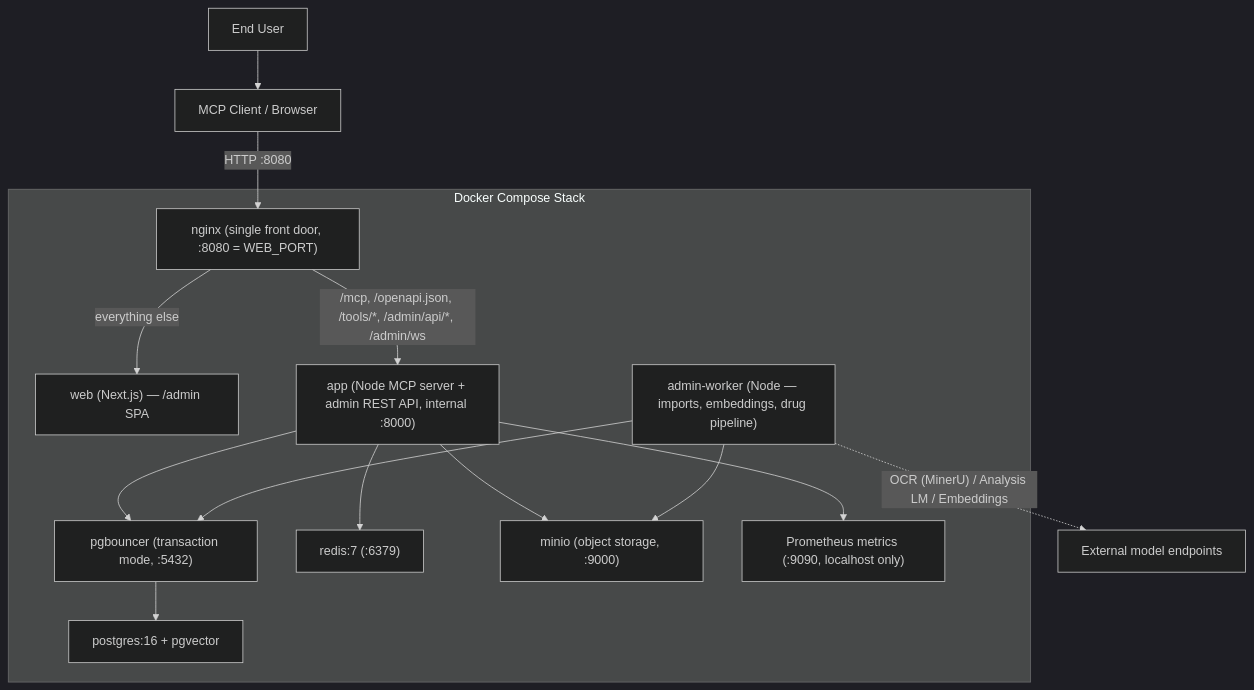
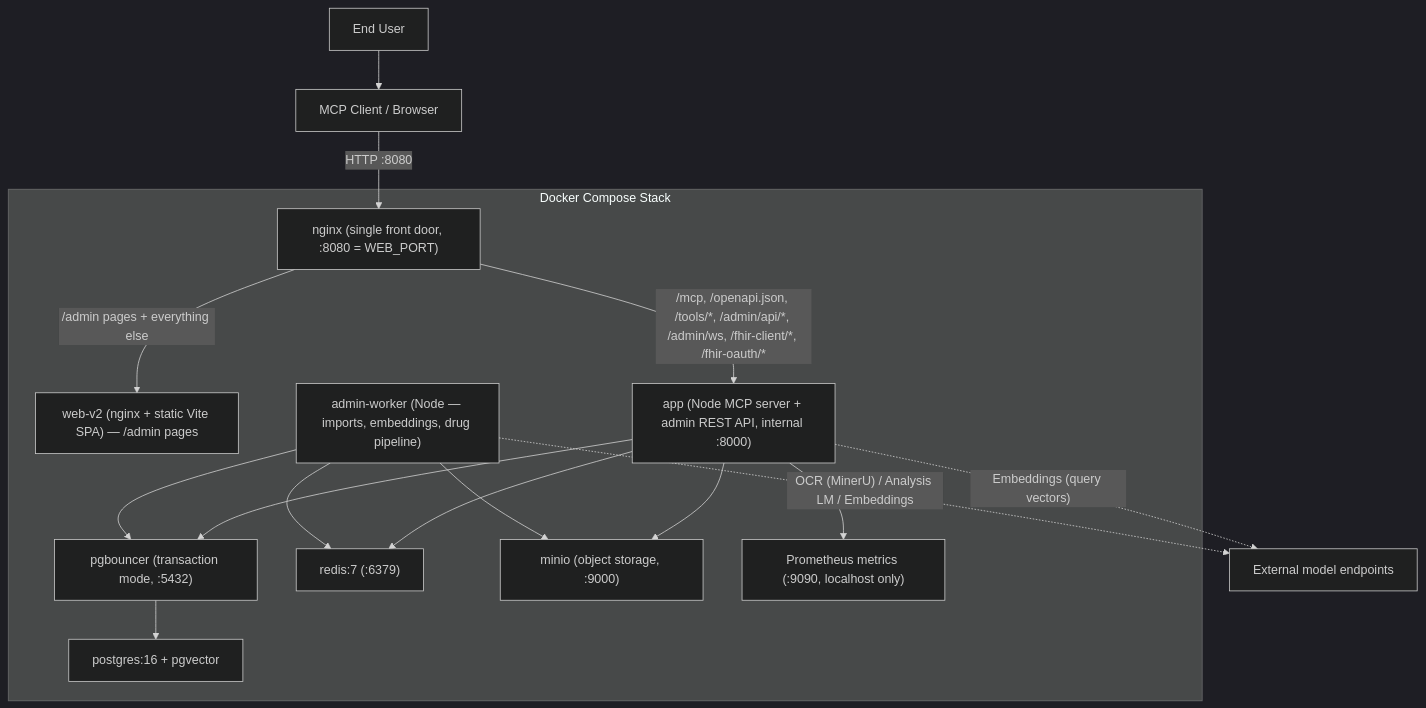
One commit to healthymind-tech/Taiwan-Health-MCP changed the diagram in docs/architecture/deployment.md. Above: the diagram before and after it, drawn with Mermaid (dark theme). The commit also changed other lines of this file and 87 other files, not shown here.

````diff
--- a/docs/architecture/deployment.md
+++ b/docs/architecture/deployment.md
@@ -3,27 +3,29 @@
 ```mermaid
 graph TD
     User[End User] --> Client[MCP Client / Browser]
 
     subgraph "Docker Compose Stack"
         NGX["nginx (single front door, :8080 = WEB_PORT)"]
-        WEB["web (Next.js) — /admin SPA"]
+        WEB["web-v2 (nginx + static Vite SPA) — /admin pages"]
         Server["app (Node MCP server + admin REST API, internal :8000)"]
         Worker["admin-worker (Node — imports, embeddings, drug pipeline)"]
         PGB["pgbouncer (transaction mode, :5432)"]
         PG["postgres:16 + pgvector"]
         RD["redis:7 (:6379)"]
         MN["minio (object storage, :9000)"]
         PM["Prometheus metrics (:9090, localhost only)"]
     end
 
     Client -- "HTTP :8080" --> NGX
-    NGX -- "/mcp, /openapi.json, /tools/*, /admin/api/*, /admin/ws" --> Server
-    NGX -- "everything else" --> WEB
+    NGX -- "/mcp, /openapi.json, /tools/*, /admin/api/*, /admin/ws, /fhir-client/*, /fhir-oauth/*" --> Server
+    NGX -- "/admin pages + everything else" --> WEB
     Server --> PGB --> PG
     Server --> RD
+    Worker --> RD
     Server --> MN
     Server --> PM
     Worker --> PGB
     Worker --> MN
-    Worker -. "OCR (MinerU) / Analysis LM / Embeddings" .-> Ext[External model endpoints]
+    Server -. "Embeddings (query vectors)" .-> Ext[External model endpoints]
+    Worker -. "OCR (MinerU) / Analysis LM / Embeddings" .-> Ext
 ```
````
